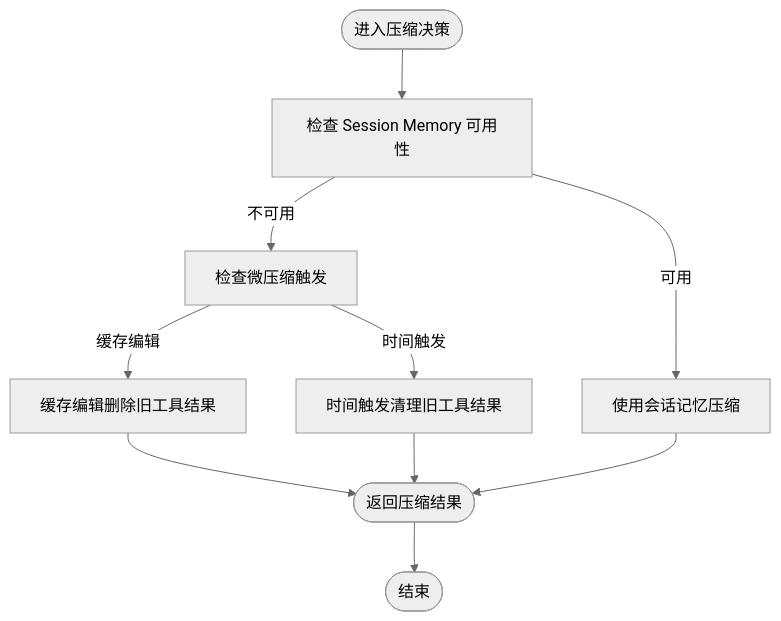
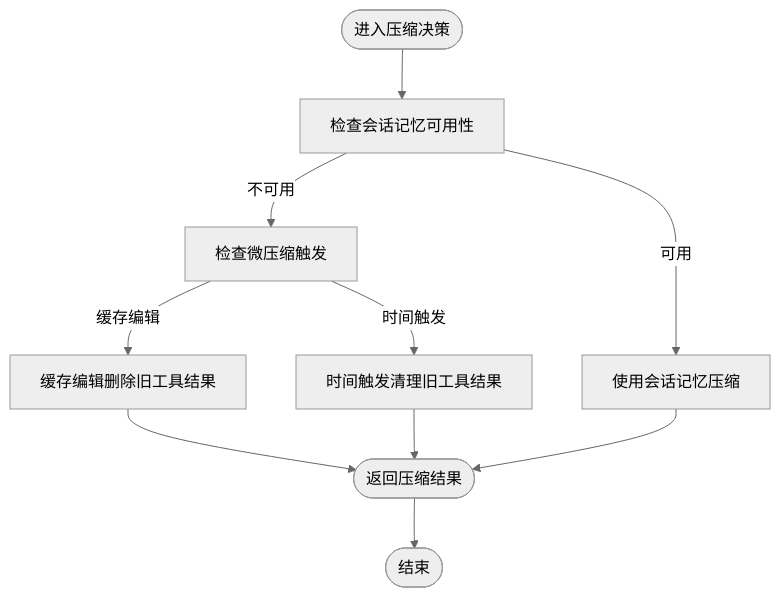
One commit to yuanliu147/claude-code changed the third of 8 diagrams in .qoder/repowiki/zh/content/上下文管理系统/上下文管理系统.md. Above: the diagram before and after it, drawn with Mermaid (neutral theme). The commit also changed other lines of this file and 5 other files, not shown here.

````diff
--- a/.qoder/repowiki/zh/content/上下文管理系统/上下文管理系统.md
+++ b/.qoder/repowiki/zh/content/上下文管理系统/上下文管理系统.md
@@ -172,12 +163,12 @@
 ```mermaid
 flowchart TD
-Start(["进入压缩决策"]) --> CheckSM["检查 Session Memory 可用性"]
+Start(["进入压缩决策"]) --> CheckSM["检查会话记忆可用性"]
 CheckSM --> |可用| UseSM["使用会话记忆压缩"]
 CheckSM --> |不可用| CheckMC["检查微压缩触发"]
 CheckMC --> |缓存编辑| CacheEdit["缓存编辑删除旧工具结果"]
 CheckMC --> |时间触发| TimeClear["时间触发清理旧工具结果"]
 CacheEdit --> Done(["返回压缩结果"])
 TimeClear --> Done
 UseSM --> Done
 Done --> End(["结束"])
 ```
````
